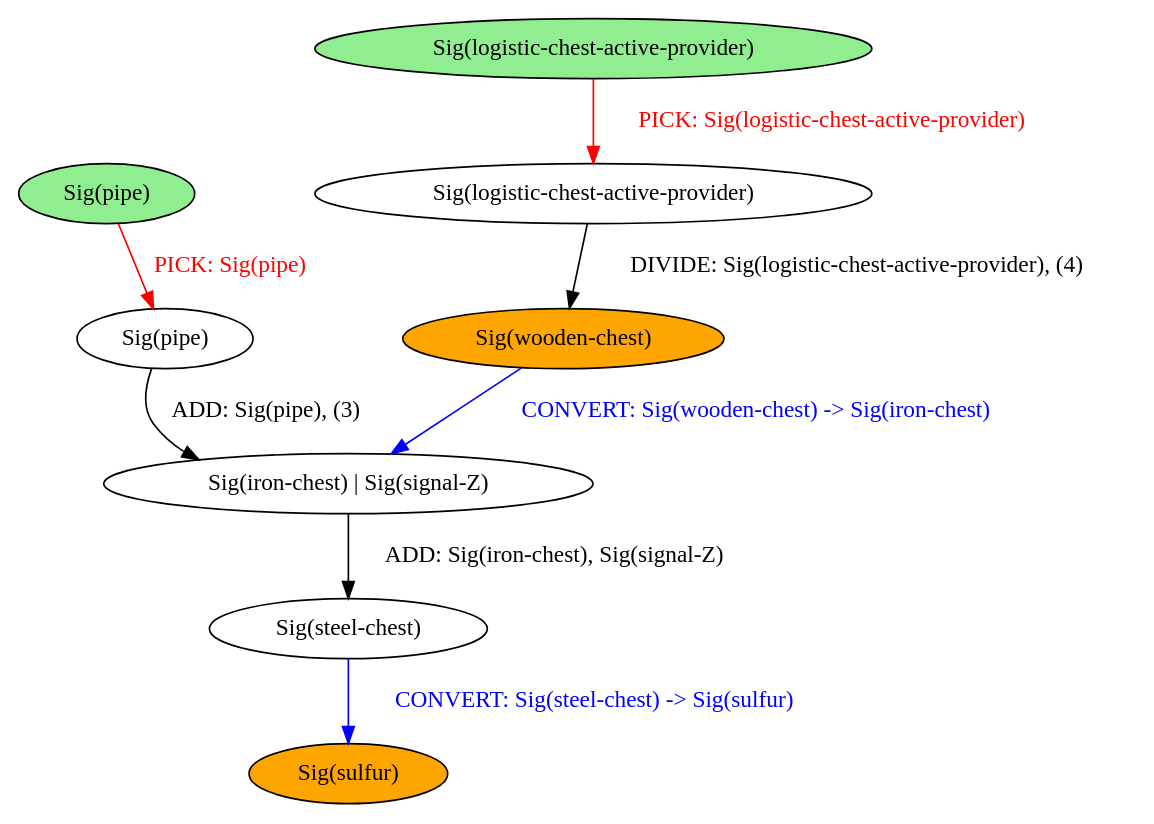
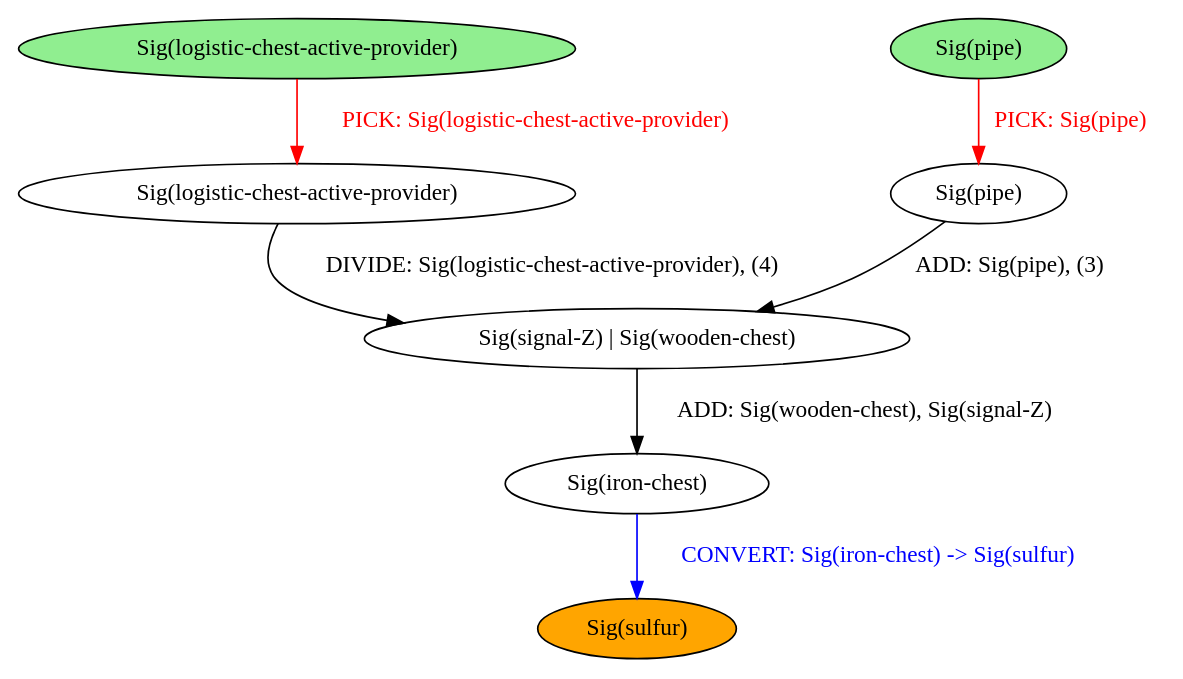
Before and after one commit to BalderHolst/chef: the diagram in chef/example_outputs/simple_block.dot, drawn with Graphviz. The commit also changed 10 other files, not shown here.

Commit message:
Update and check new compiled dot graphs

```diff
--- a/chef/example_outputs/simple_block.dot
+++ b/chef/example_outputs/simple_block.dot
@@ -1,18 +1,16 @@
 strict digraph {
 	nodesep=1
-	4	[style=filled fillcolor=white label="Sig(logistic-chest-active-provider)"]
-	6	[style=filled fillcolor=orange label="Sig(wooden-chest)"]
+	7	[style=filled fillcolor=white label="Sig(pipe)"]
 	1	[style=filled fillcolor=lightgreen label="Sig(pipe)"]
 	0	[style=filled fillcolor=lightgreen label="Sig(logistic-chest-active-provider)"]
-	15	[style=filled fillcolor=white label="Sig(steel-chest)"]
-	14	[style=filled fillcolor=white label="Sig(iron-chest) | Sig(signal-Z)"]
-	9	[style=filled fillcolor=white label="Sig(pipe)"]
-	16	[style=filled fillcolor=orange label="Sig(sulfur)"]
-	4 -> 6	[label="DIVIDE: Sig(logistic-chest-active-provider), (4)" color=black fontcolor=black]
-	6 -> 14	[label="CONVERT: Sig(wooden-chest) -> Sig(iron-chest)" color=blue fontcolor=blue]
-	1 -> 9	[label="PICK: Sig(pipe)" color=red fontcolor=red]
-	0 -> 4	[label="PICK: Sig(logistic-chest-active-provider)" color=red fontcolor=red]
-	15 -> 16	[label="CONVERT: Sig(steel-chest) -> Sig(sulfur)" color=blue fontcolor=blue]
-	14 -> 15	[label="ADD: Sig(iron-chest), Sig(signal-Z)" color=black fontcolor=black]
-	9 -> 14	[label="ADD: Sig(pipe), (3)" color=black fontcolor=black]
+	3	[style=filled fillcolor=white label="Sig(logistic-chest-active-provider)"]
+	12	[style=filled fillcolor=orange label="Sig(sulfur)"]
+	11	[style=filled fillcolor=white label="Sig(iron-chest)"]
+	10	[style=filled fillcolor=white label="Sig(signal-Z) | Sig(wooden-chest)"]
+	7 -> 10	[label="ADD: Sig(pipe), (3)" color=black fontcolor=black]
+	1 -> 7	[label="PICK: Sig(pipe)" color=red fontcolor=red]
+	0 -> 3	[label="PICK: Sig(logistic-chest-active-provider)" color=red fontcolor=red]
+	3 -> 10	[label="DIVIDE: Sig(logistic-chest-active-provider), (4)" color=black fontcolor=black]
+	11 -> 12	[label="CONVERT: Sig(iron-chest) -> Sig(sulfur)" color=blue fontcolor=blue]
+	10 -> 11	[label="ADD: Sig(wooden-chest), Sig(signal-Z)" color=black fontcolor=black]
 }
```
